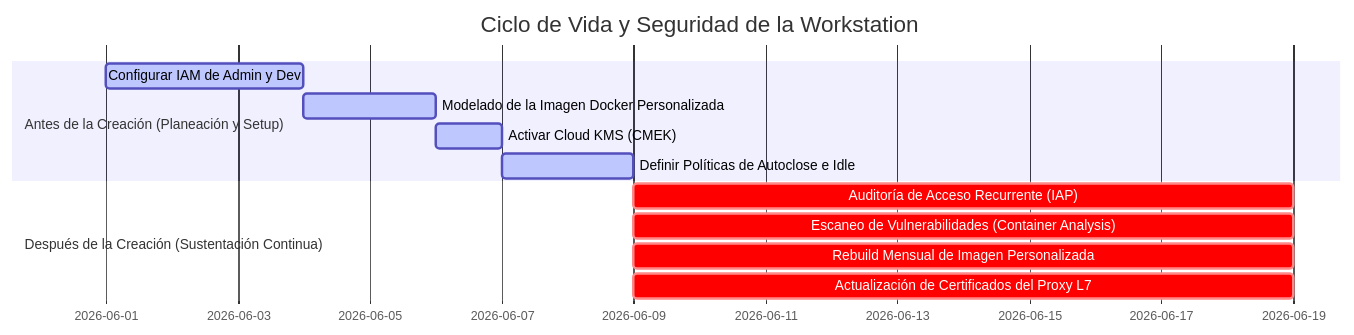
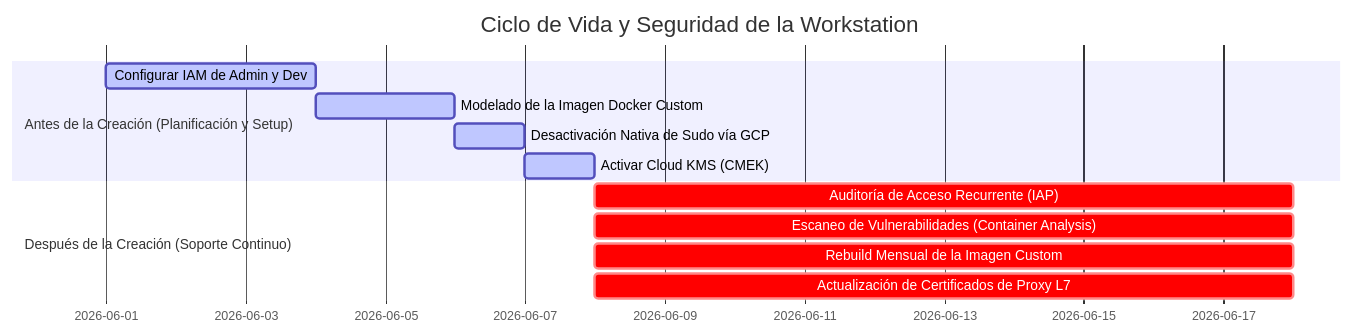
One commit to sahvieirag/cloud-workstations-custom changed the diagram in docs/maintenance_access_control_best_practices_es.md. Above: the diagram before and after it, drawn with Mermaid. The commit also changed other lines of this file and 9 other files, not shown here.

````diff
--- a/docs/maintenance_access_control_best_practices_es.md
+++ b/docs/maintenance_access_control_best_practices_es.md
@@ -13,15 +13,15 @@
 ```mermaid
 gantt
     title Ciclo de Vida y Seguridad de la Workstation
     dateFormat  YYYY-MM-DD
-    section Antes de la Creación (Planeación y Setup)
+    section Antes de la Creación (Planificación y Setup)
     Configurar IAM de Admin y Dev           :active, first_iam, 2026-06-01, 3d
-    Modelado de la Imagen Docker Personalizada :active, docker_design, after first_iam, 2d
-    Activar Cloud KMS (CMEK)                :active, kms_setup, after docker_design, 1d
-    Definir Políticas de Autoclose e Idle  :active, policy_def, after kms_setup, 2d
-    section Después de la Creación (Sustentación Continua)
-    Auditoría de Acceso Recurrente (IAP)   :crit, access_audit, after policy_def, 10d
-    Escaneo de Vulnerabilidades (Container Analysis) :crit, vuln_scan, after policy_def, 10d
-    Rebuild Mensual de Imagen Personalizada :crit, image_rebuild, after policy_def, 10d
-    Actualización de Certificados del Proxy L7:crit, cert_update, after policy_def, 10d
+    Modelado de la Imagen Docker Custom     :active, docker_design, after first_iam, 2d
+    Desactivación Nativa de Sudo vía GCP    :active, sudo_disable, after docker_design, 1d
+    Activar Cloud KMS (CMEK)                :active, kms_setup, after sudo_disable, 1d
+    section Después de la Creación (Soporte Continuo)
+    Auditoría de Acceso Recurrente (IAP)   :crit, access_audit, after kms_setup, 10d
+    Escaneo de Vulnerabilidades (Container Analysis) :crit, vuln_scan, after kms_setup, 10d
+    Rebuild Mensual de la Imagen Custom    :crit, image_rebuild, after kms_setup, 10d
+    Actualización de Certificados de Proxy L7:crit, cert_update, after kms_setup, 10d
 ```
````
